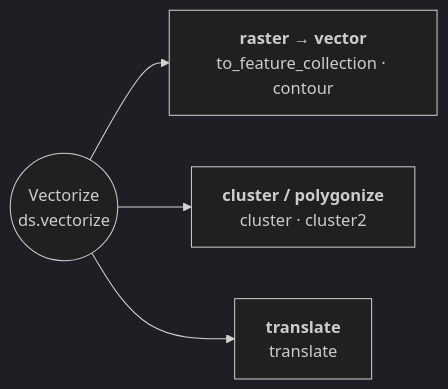
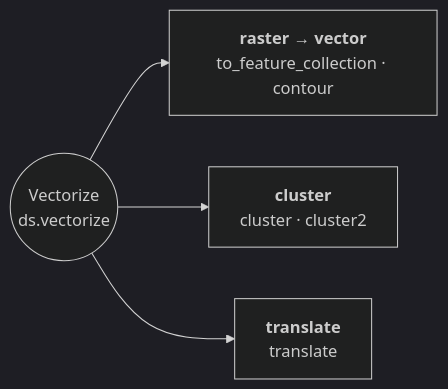
The diagram in docs/reference/dataset/vectorize.md (serapeum-org/pyramids), drawn with Mermaid (dark theme) before and after one commit. The commit also changed 3 other files, not shown here.

First line of the commit message:
docs(dataset): correct engine method-map diagram labels

````diff
--- a/docs/reference/dataset/vectorize.md
+++ b/docs/reference/dataset/vectorize.md
@@ -5,7 +5,7 @@
 ```mermaid
 flowchart LR
     VE(("Vectorize<br/>ds.vectorize"))
     VE --> TV["<b>raster → vector</b><br/>to_feature_collection · contour"]
-    VE --> CL["<b>cluster / polygonize</b><br/>cluster · cluster2"]
+    VE --> CL["<b>cluster</b><br/>cluster · cluster2"]
     VE --> TR["<b>translate</b><br/>translate"]
 ```
````
